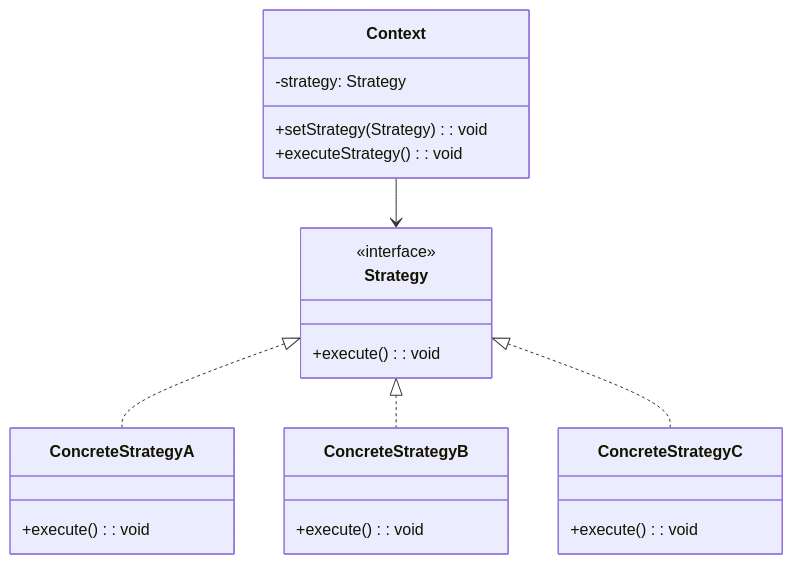
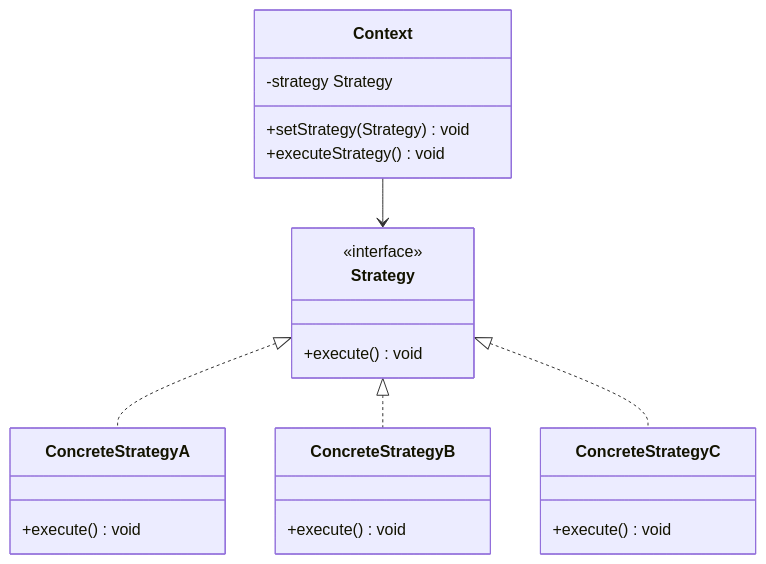
Diagram 18 of 21 in content/posts/教學/分析與設計/Design Pattern教學(二).md (chihhung/Blog), drawn with Mermaid before and after one commit. The commit also changed other lines of this file, not shown here.

Commit message:
修復 Design Pattern 教學(二) 中的 Mermaid mindmap 語法錯誤，改用 graph TB 格式以相容 Mermaid 11.12.1

````diff
--- a/content/posts/教學/分析與設計/Design Pattern教學(二).md
+++ b/content/posts/教學/分析與設計/Design Pattern教學(二).md
@@ -3371,26 +3410,26 @@
 ```mermaid
 classDiagram
     class Context {
-        -strategy: Strategy
-        +setStrategy(Strategy): void
-        +executeStrategy(): void
+        -strategy Strategy
+        +setStrategy(Strategy) void
+        +executeStrategy() void
     }
     class Strategy {
         <<interface>>
-        +execute(): void
+        +execute() void
     }
     class ConcreteStrategyA {
-        +execute(): void
+        +execute() void
     }
     class ConcreteStrategyB {
-        +execute(): void
+        +execute() void
     }
     class ConcreteStrategyC {
-        +execute(): void
+        +execute() void
     }
     
     Context --> Strategy
     Strategy <|.. ConcreteStrategyA
     Strategy <|.. ConcreteStrategyB
     Strategy <|.. ConcreteStrategyC
 ```
````
